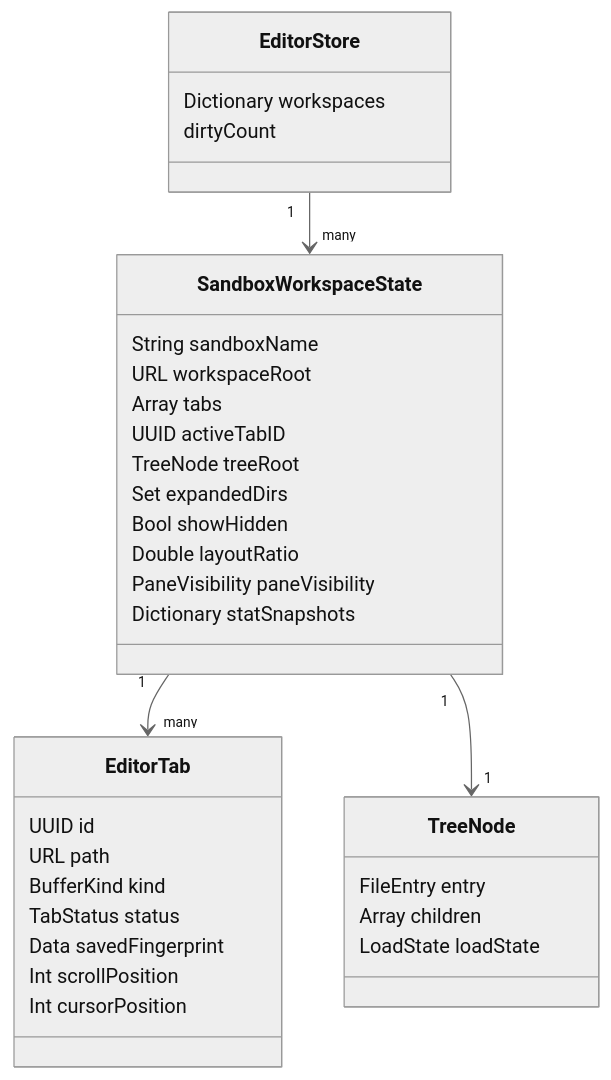
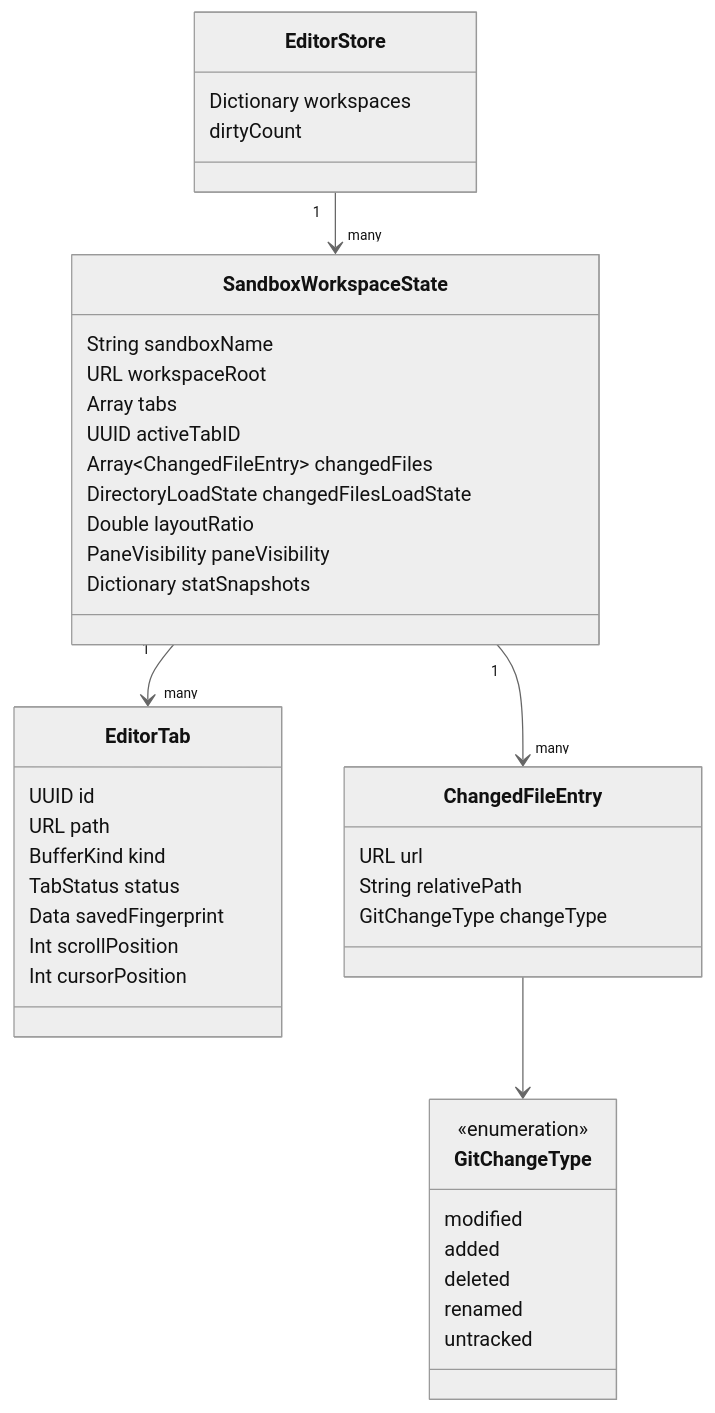
The eighth of 8 diagrams in .kiro/specs/editor/design.md (TETRA2000/sbx-ui), drawn with Mermaid (neutral theme) before and after one commit. The commit also changed other lines of this file and 14 other files, not shown here.

First line of the commit message:
Replace editor file tree with git-changed-files list

````diff
--- a/.kiro/specs/editor/design.md
+++ b/.kiro/specs/editor/design.md
@@ -629,36 +664,44 @@
 ```mermaid
 classDiagram
     class EditorStore {
         Dictionary workspaces
         dirtyCount
     }
     class SandboxWorkspaceState {
         String sandboxName
         URL workspaceRoot
         Array tabs
         UUID activeTabID
-        TreeNode treeRoot
-        Set expandedDirs
-        Bool showHidden
+        Array~ChangedFileEntry~ changedFiles
+        DirectoryLoadState changedFilesLoadState
         Double layoutRatio
         PaneVisibility paneVisibility
         Dictionary statSnapshots
     }
     class EditorTab {
         UUID id
         URL path
         BufferKind kind
         TabStatus status
         Data savedFingerprint
         Int scrollPosition
         Int cursorPosition
     }
-    class TreeNode {
-        FileEntry entry
-        Array children
-        LoadState loadState
+    class ChangedFileEntry {
+        URL url
+        String relativePath
+        GitChangeType changeType
+    }
+    class GitChangeType {
+        <<enumeration>>
+        modified
+        added
+        deleted
+        renamed
+        untracked
     }
     EditorStore "1" --> "many" SandboxWorkspaceState
     SandboxWorkspaceState "1" --> "many" EditorTab
-    SandboxWorkspaceState "1" --> "1" TreeNode
+    SandboxWorkspaceState "1" --> "many" ChangedFileEntry
+    ChangedFileEntry --> GitChangeType
 ```
````
